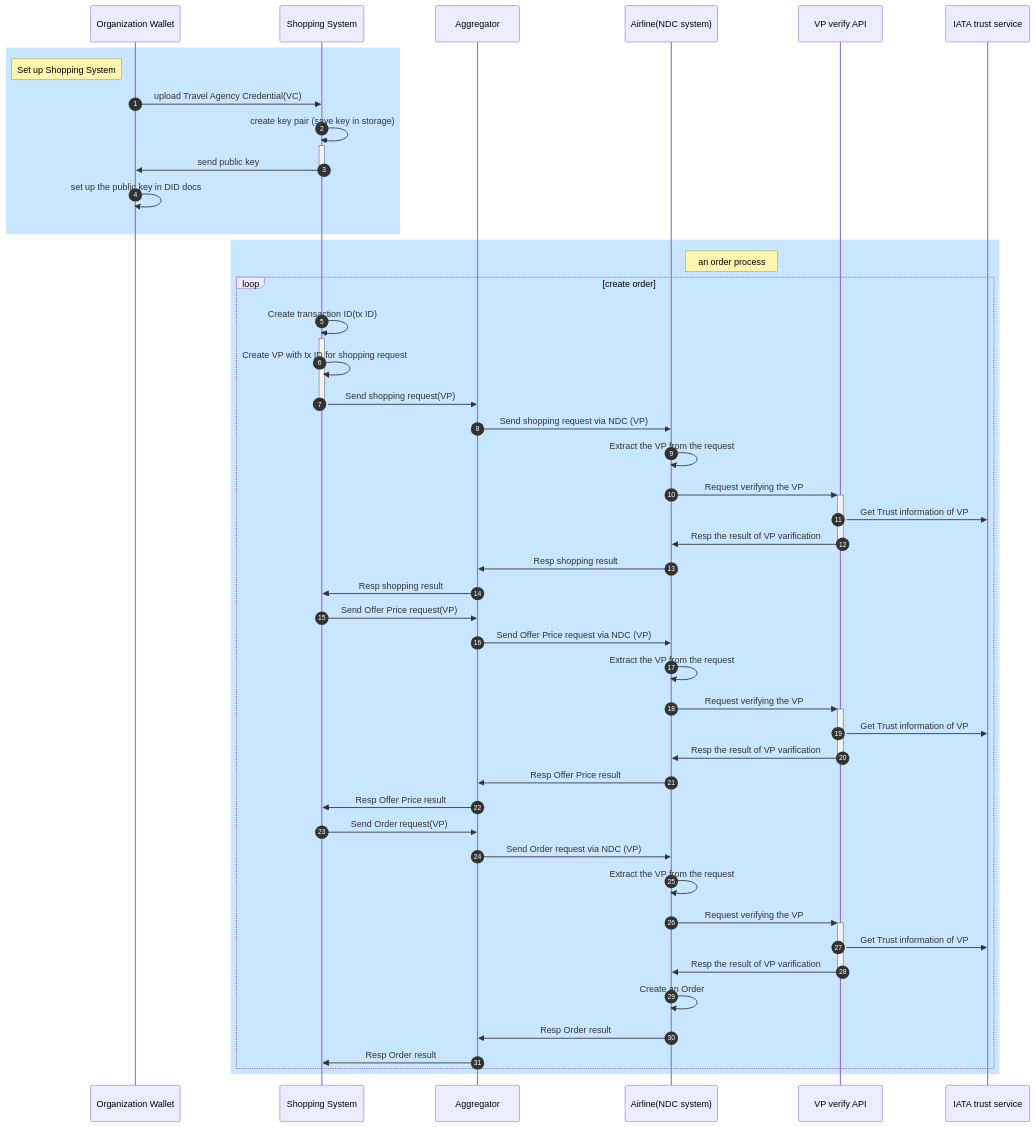
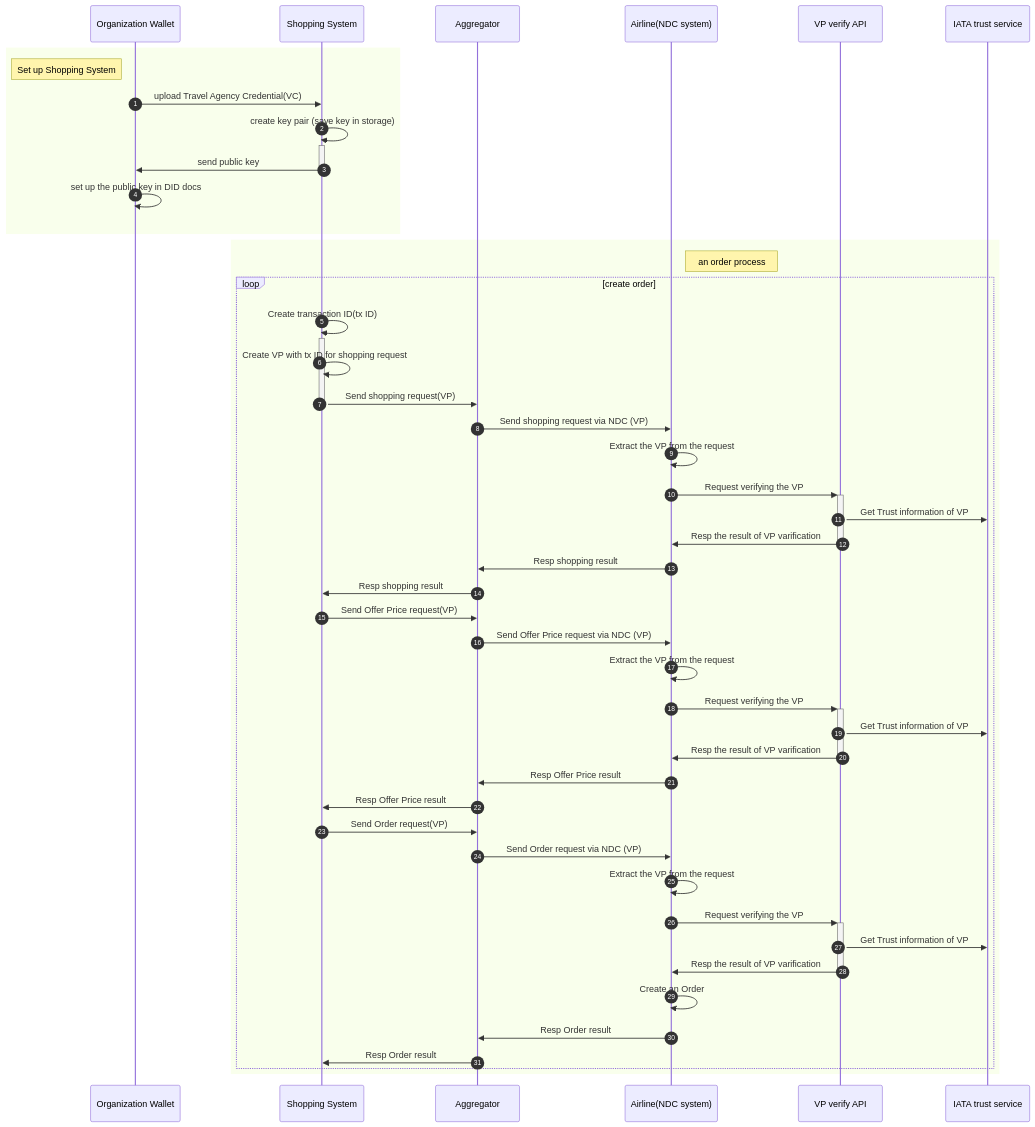
Before and after one commit to iata-poc/iata-dat-poc-c2-verifying-digital-identity-in-distribution-process: the diagram in sequence-diagram/uc1.md, drawn with Mermaid.

Commit message:
style: remove color

````diff
--- a/sequence-diagram/uc1.md
+++ b/sequence-diagram/uc1.md
@@ -3,55 +3,55 @@
 ```mermaid
 sequenceDiagram
 autonumber
     participant OW as Organization Wallet
     participant S as Shopping System
     participant Agg as Aggregator
     participant Air as Airline(NDC system)
     participant VP as VP verify API
     participant IATA as IATA trust service
 
-    rect rgb(200, 230, 255)
+    rect
         Note left of OW: Set up Shopping System
         OW->>S: upload Travel Agency Credential(VC)
         S->>+S: create key pair (save key in storage)
         S->>-OW: send public key
         OW->>OW: set up the public key in DID docs
     end
 
-    rect rgb(200, 230, 255)
+    rect
         Note right of Air: an order process
         loop create order
 	        S->>+S: Create transaction ID(tx ID)
 	        S->>S: Create VP with tx ID for shopping request
 	        S->>-Agg: Send shopping request(VP)
 	        Agg->>Air: Send shopping request via NDC (VP)
 	        Air->>Air: Extract the VP from the request
 	        Air->>+VP: Request verifying the VP
 	        VP->>IATA: Get Trust information of VP
 	        VP->>-Air: Resp the result of VP varification
 	        Air->>Agg: Resp shopping result
 	        Agg->>S: Resp shopping result
 
 	        S->>Agg: Send Offer Price request(VP)
 	        Agg->>Air: Send Offer Price request via NDC (VP)
 	        Air->>Air: Extract the VP from the request
 	        Air->>+VP: Request verifying the VP
 	        VP->>IATA: Get Trust information of VP
 	        VP->>-Air: Resp the result of VP varification
 	        Air->>Agg: Resp Offer Price result
 	        Agg->>S: Resp Offer Price result
 
 	        S->>Agg: Send Order request(VP)
 	        Agg->>Air: Send Order request via NDC (VP)
 	        Air->>Air: Extract the VP from the request
 	        Air->>+VP: Request verifying the VP
 	        VP->>IATA: Get Trust information of VP
 	        VP->>-Air: Resp the result of VP varification
 	        Air->>Air: Create an Order
 	        Air->>Agg: Resp Order result
 	        Agg->>S: Resp Order result
 	      end
     end
 
 
 ```
````
